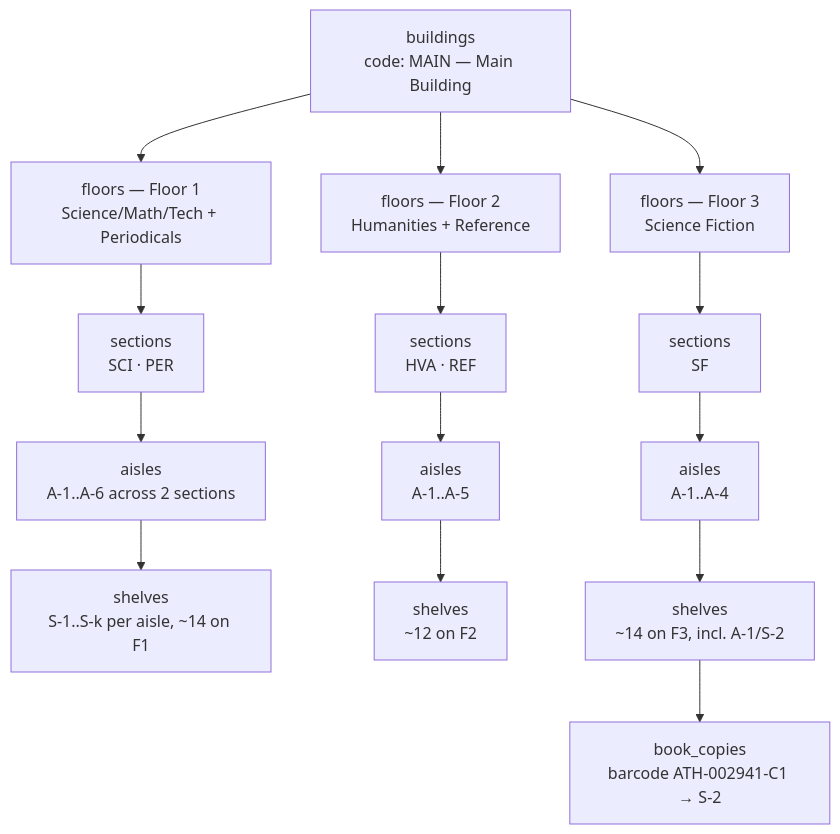
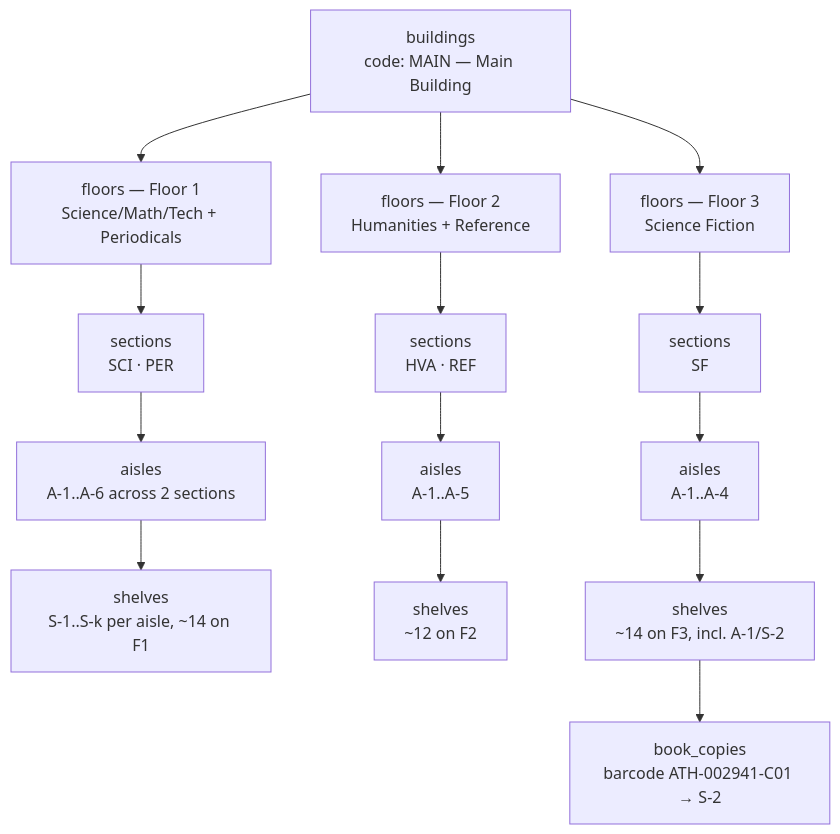
Before and after one commit to cattyman919/athenaeum: the diagram in docs/05-building-layout.md, drawn with Mermaid. The commit also changed other lines of this file and 22 other files, not shown here.

````diff
--- a/docs/05-building-layout.md
+++ b/docs/05-building-layout.md
@@ -20,16 +20,16 @@
 ```mermaid
 graph TD
     BD["buildings<br/>code: MAIN — Main Building"] --> F1["floors — Floor 1<br/>Science/Math/Tech + Periodicals"]
     BD --> F2["floors — Floor 2<br/>Humanities + Reference"]
     BD --> F3["floors — Floor 3<br/>Science Fiction"]
     F1 --> S1["sections<br/>SCI · PER"]
     F2 --> S2["sections<br/>HVA · REF"]
     F3 --> S3["sections<br/>SF"]
     S1 --> A1["aisles<br/>A-1..A-6 across 2 sections"]
     S2 --> A2["aisles<br/>A-1..A-5"]
     S3 --> A3["aisles<br/>A-1..A-4"]
     A1 --> SH1["shelves<br/>S-1..S-k per aisle, ~14 on F1"]
     A2 --> SH2["shelves<br/>~12 on F2"]
     A3 --> SH3["shelves<br/>~14 on F3, incl. A-1/S-2"]
-    SH3 --> CP["book_copies<br/>barcode ATH-002941-C1 → S-2"]
+    SH3 --> CP["book_copies<br/>barcode ATH-002941-C01 → S-2"]
 ```
````
